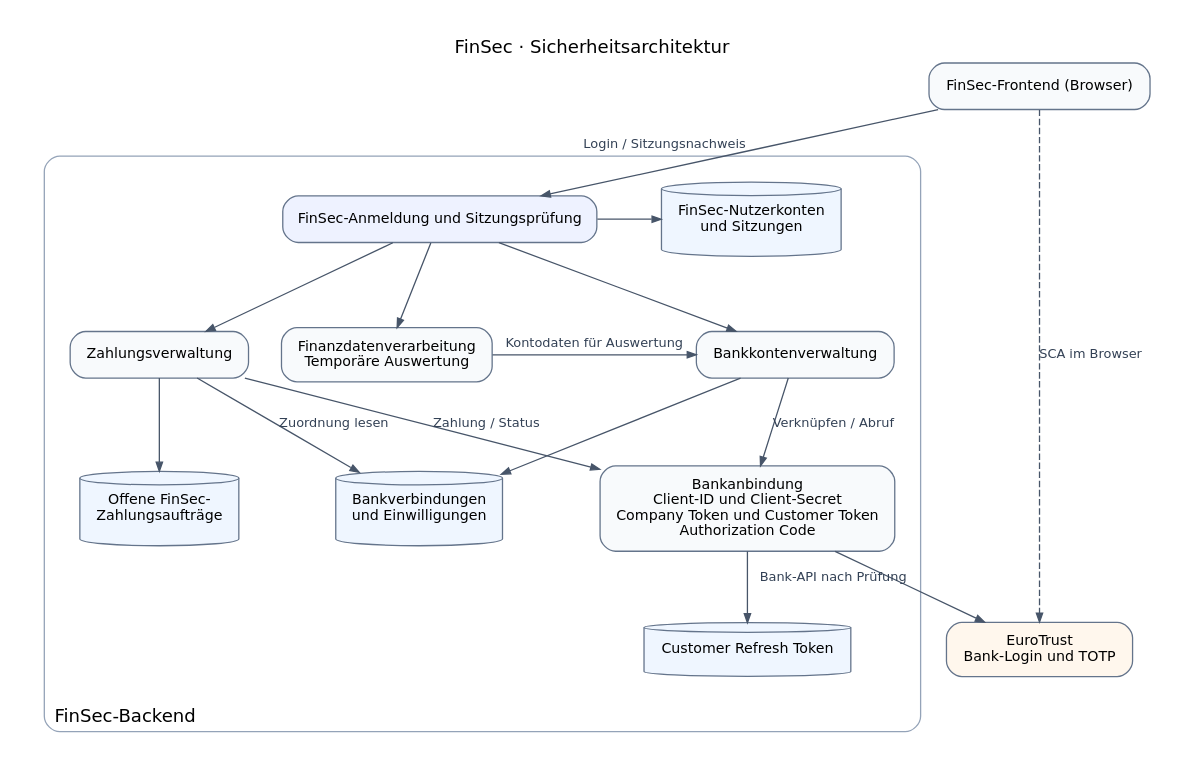
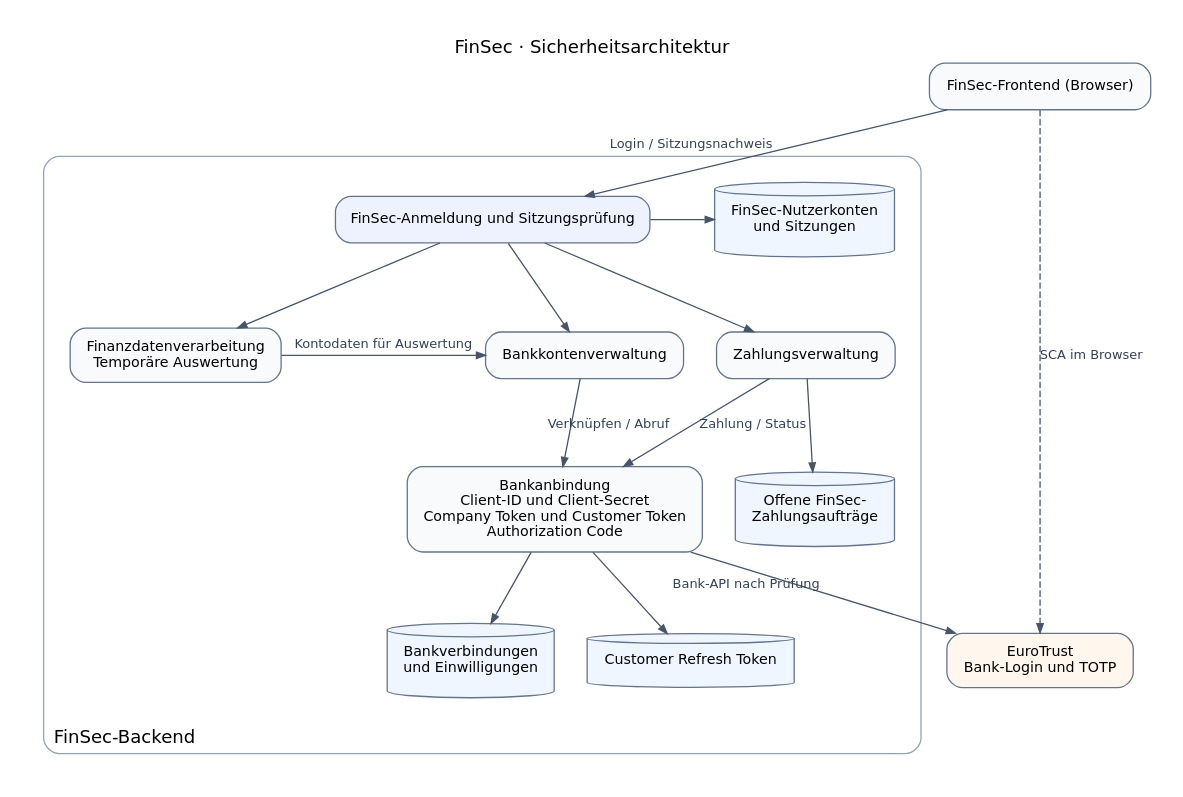
The diagram in docs/diagramme/3.1-security-architecture.dot (niklas9234/sichso_work), drawn with Graphviz before and after one commit. The commit also changed 5 other files, not shown here.

```diff
--- a/docs/diagramme/3.1-security-architecture.dot
+++ b/docs/diagramme/3.1-security-architecture.dot
@@ -1,50 +1,50 @@
 digraph FinSec {
     graph [rankdir=TB, splines=line, bgcolor="white", pad=0.25, nodesep=0.35, ranksep=0.75,
            fontname="DejaVu Sans", label="FinSec · Sicherheitsarchitektur", labelloc=t]
     node [shape=box, style="rounded,filled", fillcolor="#f8fafc", color="#64748b",
           fontname="DejaVu Sans", fontsize=11, margin="0.18,0.12"]
     edge [color="#475569", fontcolor="#334155", fontname="DejaVu Sans", fontsize=10, arrowsize=0.7]
 
     frontend [label="FinSec-Frontend (Browser)"]
     bank [label="EuroTrust\nBank-Login und TOTP", fillcolor="#fff7ed"]
 
     subgraph cluster_backend {
         label="FinSec-Backend"
         labeljust=l
         labelloc=b
         color="#94a3b8"
         style=rounded
         margin=20
 
         auth [label="FinSec-Anmeldung und Sitzungsprüfung", fillcolor="#eef2ff"]
         analysis [label="Finanzdatenverarbeitung\nTemporäre Auswertung"]
         accounts [label="Bankkontenverwaltung"]
         payments [label="Zahlungsverwaltung"]
         adapter [label="Bankanbindung\nClient-ID und Client-Secret\nCompany Token und Customer Token\nAuthorization Code"]
 
         subgraph {
             node [shape=cylinder, style=filled, fillcolor="#eff6ff"]
             login [label="FinSec-Nutzerkonten\nund Sitzungen"]
             links [label="Bankverbindungen\nund Einwilligungen"]
             orders [label="Offene FinSec-\nZahlungsaufträge"]
             refresh [label="Customer Refresh Token"]
         }
 
         {rank=same; login; auth}
         {rank=same; analysis; accounts; payments}
-        {rank=same; links; adapter; orders}
+        {rank=same; adapter; orders}
+        {rank=same; links; refresh}
         auth -> login
         auth -> {analysis accounts payments}
         analysis -> accounts [label="Kontodaten für Auswertung"]
-        accounts -> links
-        payments -> links [label="Zuordnung lesen"]
         payments -> orders
         accounts -> adapter [label="Verknüpfen / Abruf"]
         payments -> adapter [label="Zahlung / Status"]
+        adapter -> links
         adapter -> refresh
     }
 
     frontend -> auth [xlabel="Login / Sitzungsnachweis"]
     adapter -> bank [xlabel="Bank-API nach Prüfung"]
     frontend -> bank [label="SCA im Browser", style=dashed, weight=12]
 }
```
